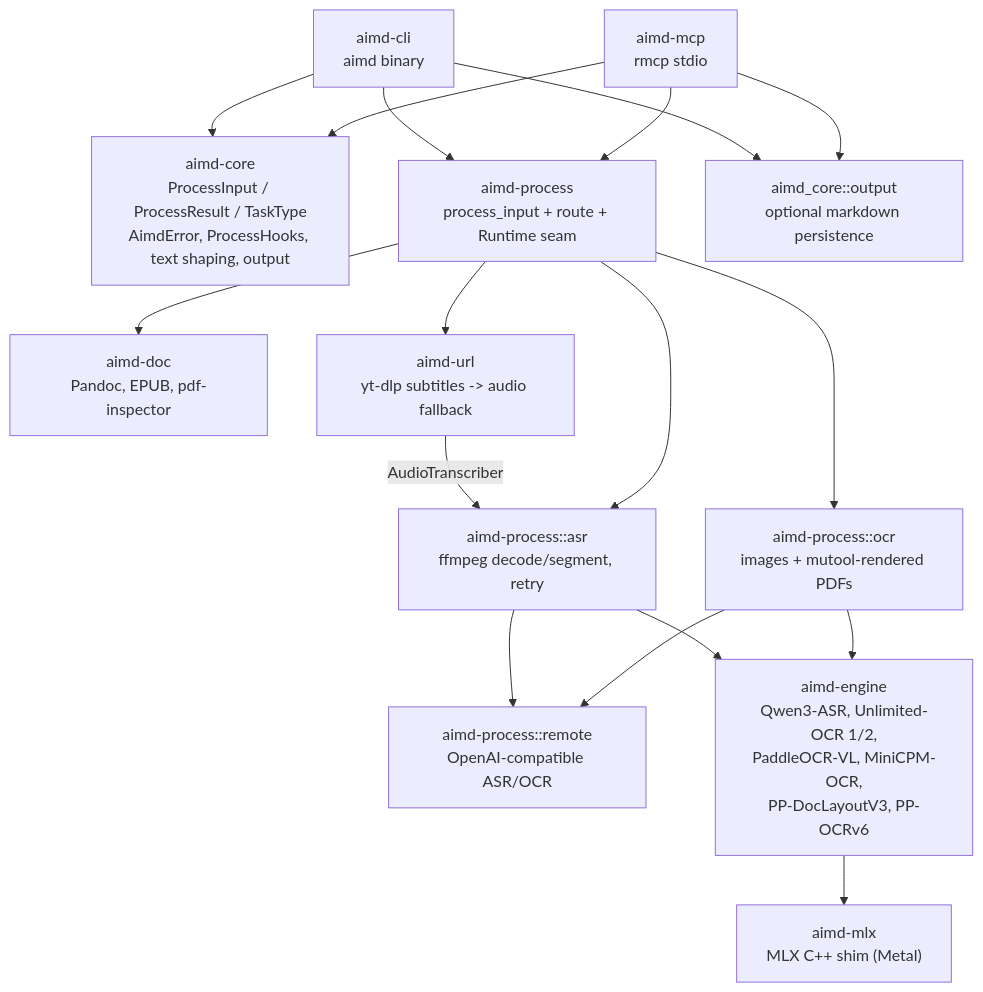
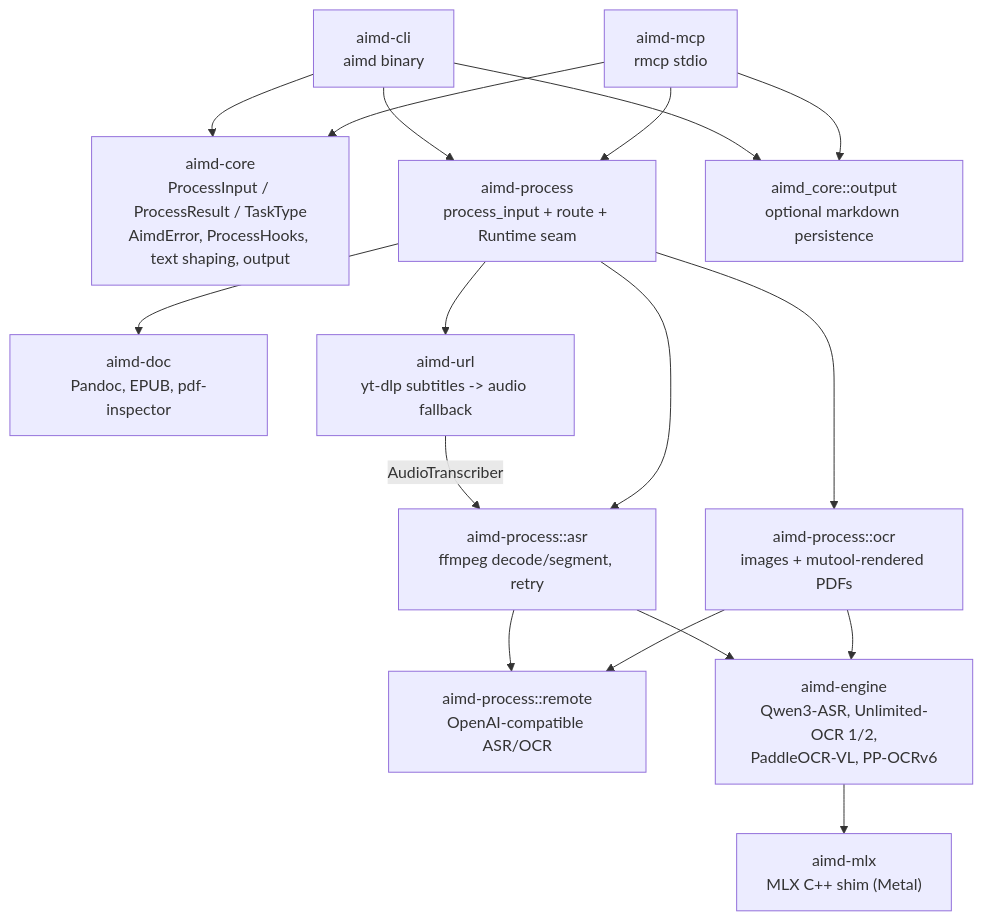
One commit to shuuul/aimd changed the diagram in AGENTS.md. Above: the diagram before and after it, drawn with Mermaid. The commit also changed other lines of this file and 101 other files, not shown here.

First line of the commit message:
revert(ocr): remove the unreleased MiniCPM-OCR port

````diff
--- a/AGENTS.md
+++ b/AGENTS.md
@@ -64,33 +63,33 @@
 ```mermaid
 flowchart TD
     CLI["aimd-cli\naimd binary"]
     MCP["aimd-mcp\nrmcp stdio"]
 
     Core["aimd-core\nProcessInput / ProcessResult / TaskType\nAimdError, ProcessHooks, text shaping, output"]
     Process["aimd-process\nprocess_input + route + Runtime seam"]
 
     Doc["aimd-doc\nPandoc, EPUB, pdf-inspector"]
     Url["aimd-url\nyt-dlp subtitles -> audio fallback"]
     Asr["aimd-process::asr\nffmpeg decode/segment, retry"]
     Ocr["aimd-process::ocr\nimages + mutool-rendered PDFs"]
     Remote["aimd-process::remote\nOpenAI-compatible ASR/OCR"]
-    Engine["aimd-engine\nQwen3-ASR, Unlimited-OCR 1/2,\nPaddleOCR-VL, MiniCPM-OCR,\nPP-DocLayoutV3, PP-OCRv6"]
+    Engine["aimd-engine\nQwen3-ASR, Unlimited-OCR 1/2,\nPaddleOCR-VL, PP-OCRv6"]
     Mlx["aimd-mlx\nMLX C++ shim (Metal)"]
 
     CLI --> Core
     MCP --> Core
     CLI --> Process
     MCP --> Process
     Process --> Doc
     Process --> Url
     Url -->|AudioTranscriber| Asr
     Process --> Asr
     Process --> Ocr
     Asr --> Remote
     Ocr --> Remote
     Asr --> Engine
     Ocr --> Engine
     Engine --> Mlx
     CLI --> Output["aimd_core::output\noptional markdown persistence"]
     MCP --> Output
 ```
````
